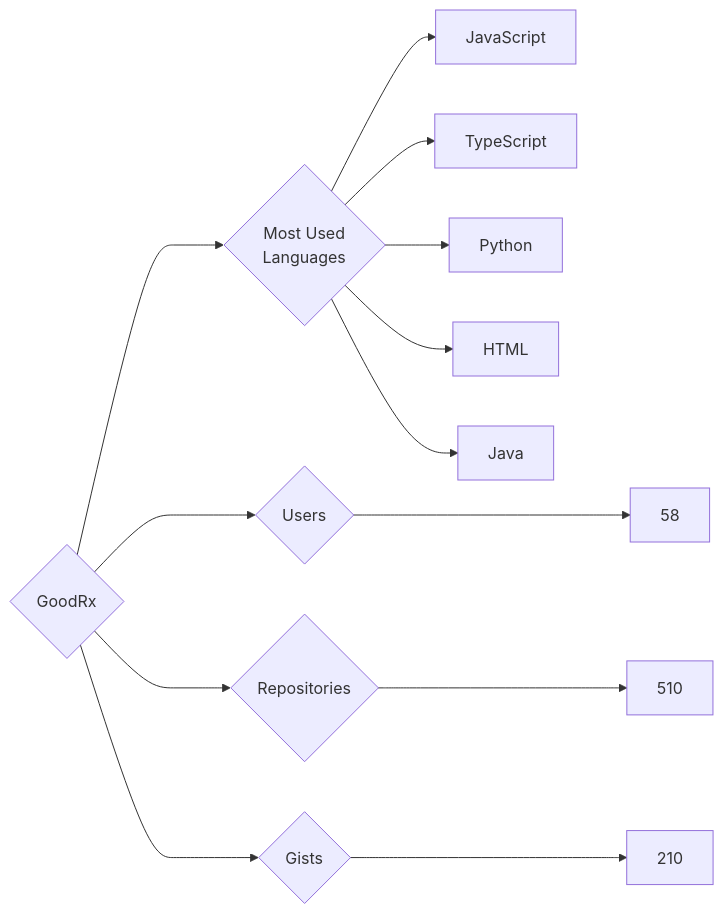
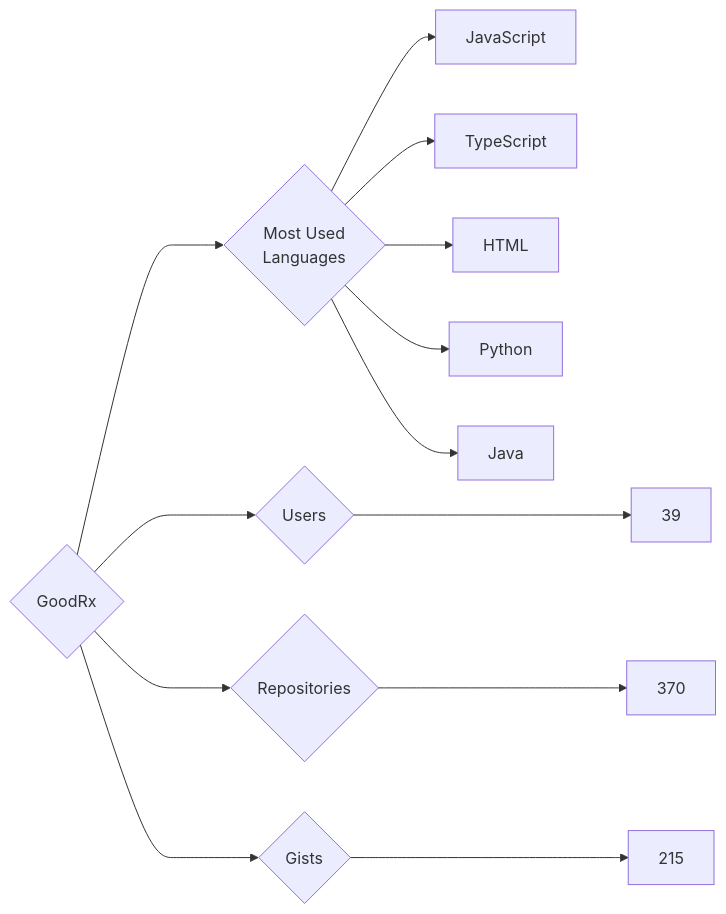
The diagram in targets/GoodRx/README.md (trickest/insiders), drawn with Mermaid before and after one commit. The commit also changed 847 other files, not shown here.

````diff
--- a/targets/GoodRx/README.md
+++ b/targets/GoodRx/README.md
@@ -3,13 +3,13 @@
 ```mermaid
 graph LR
 COMPANY_NAME{GoodRx}
-COMPANY_NAME ---> U{Users} ---> UN[58]
-COMPANY_NAME ---> R{Repositories} ---> RN[510]
-COMPANY_NAME ---> G{Gists} ---> GN[210]
+COMPANY_NAME ---> U{Users} ---> UN[39]
+COMPANY_NAME ---> R{Repositories} ---> RN[370]
+COMPANY_NAME ---> G{Gists} ---> GN[215]
 COMPANY_NAME ---> ML{Most Used<br>Languages}
 ML --> JavaScript[JavaScript]
 ML --> TypeScript[TypeScript]
+ML --> HTML[HTML]
 ML --> Python[Python]
-ML --> HTML[HTML]
 ML --> Java[Java]
 ```
````
